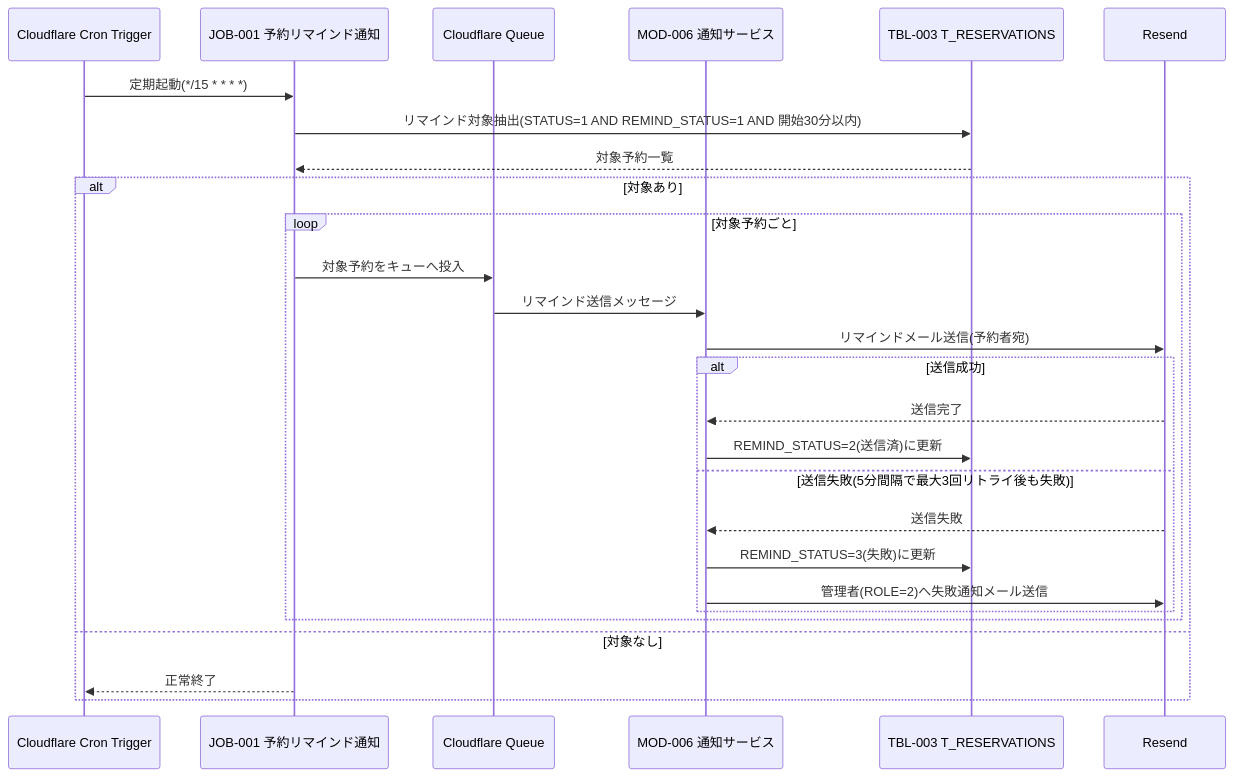
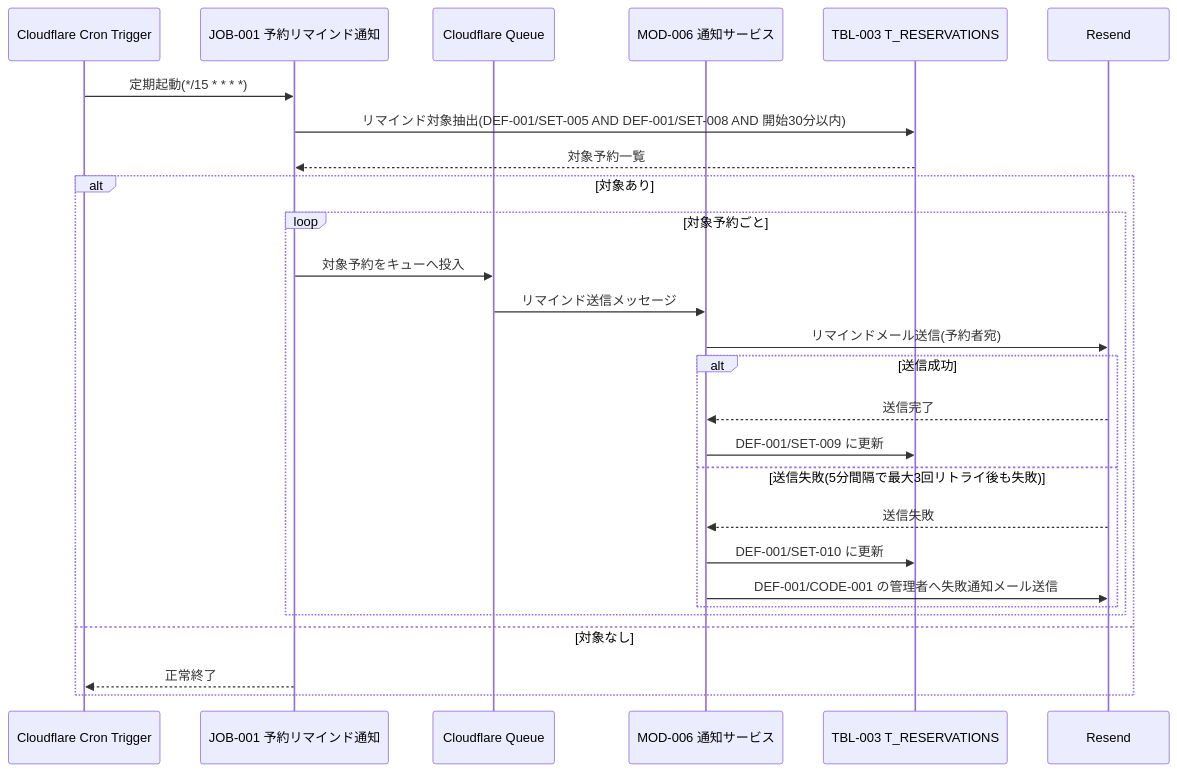
One commit to sikakou54/system-document-template changed the diagram in docs/02_機能設計/08_シーケンス設計/SEQ-002_予約リマインド通知シーケンス.md. Above: the diagram before and after it, drawn with Mermaid. The commit also changed other lines of this file and 86 other files, not shown here.

````diff
--- a/docs/02_機能設計/08_シーケンス設計/SEQ-002_予約リマインド通知シーケンス.md
+++ b/docs/02_機能設計/08_シーケンス設計/SEQ-002_予約リマインド通知シーケンス.md
@@ -24,30 +24,30 @@
 ```mermaid
 sequenceDiagram
     participant CRON as Cloudflare Cron Trigger
     participant JOB as JOB-001 予約リマインド通知
     participant Q as Cloudflare Queue
     participant MOD as MOD-006 通知サービス
     participant RES as TBL-003 T_RESERVATIONS
     participant RSD as Resend
 
     CRON->>JOB: 定期起動(*/15 * * * *)
-    JOB->>RES: リマインド対象抽出(STATUS=1 AND REMIND_STATUS=1 AND 開始30分以内)
+    JOB->>RES: リマインド対象抽出(DEF-001/SET-005 AND DEF-001/SET-008 AND 開始30分以内)
     RES-->>JOB: 対象予約一覧
     alt 対象あり
         loop 対象予約ごと
             JOB->>Q: 対象予約をキューへ投入
             Q->>MOD: リマインド送信メッセージ
             MOD->>RSD: リマインドメール送信(予約者宛)
             alt 送信成功
                 RSD-->>MOD: 送信完了
-                MOD->>RES: REMIND_STATUS=2(送信済)に更新
+                MOD->>RES: DEF-001/SET-009 に更新
             else 送信失敗(5分間隔で最大3回リトライ後も失敗)
                 RSD-->>MOD: 送信失敗
-                MOD->>RES: REMIND_STATUS=3(失敗)に更新
-                MOD->>RSD: 管理者(ROLE=2)へ失敗通知メール送信
+                MOD->>RES: DEF-001/SET-010 に更新
+                MOD->>RSD: DEF-001/CODE-001 の管理者へ失敗通知メール送信
             end
         end
     else 対象なし
         JOB-->>CRON: 正常終了
     end
 ```
````
